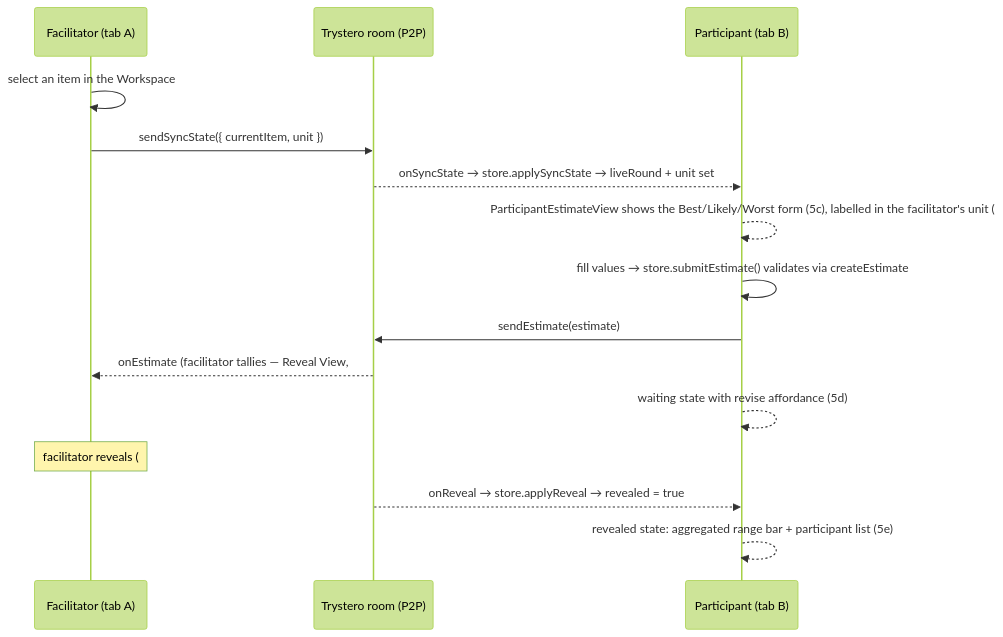
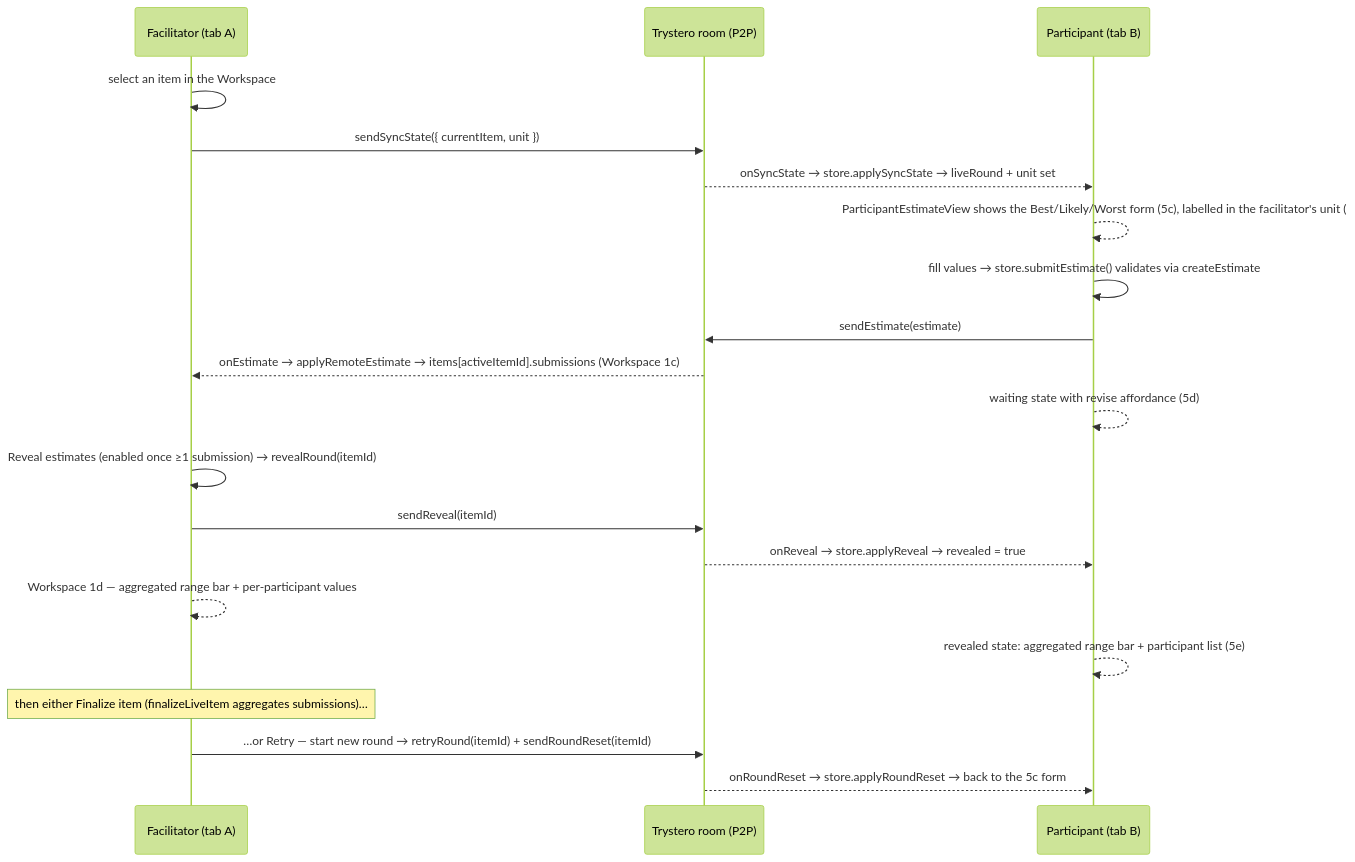
One commit to cfisch3r/estimate changed the third of 5 diagrams in docs/concepts/collaboration-mode.md. Above: the diagram before and after it, drawn with Mermaid (forest theme). The commit also changed other lines of this file and 15 other files, not shown here.

First line of the commit message:
Build the facilitator reveal flow: Workspace states 1c → 1d (#8)

````diff
--- a/docs/concepts/collaboration-mode.md
+++ b/docs/concepts/collaboration-mode.md
@@ -148,18 +151,23 @@
 ```mermaid
 sequenceDiagram
   participant F as Facilitator (tab A)
   participant R as Trystero room (P2P)
   participant P as Participant (tab B)
 
   F->>F: select an item in the Workspace
   F->>R: sendSyncState({ currentItem, unit })
   R-->>P: onSyncState → store.applySyncState → liveRound + unit set
   P-->>P: ParticipantEstimateView shows the Best/Likely/Worst form (5c), labelled in the facilitator's unit (#39)
   P->>P: fill values → store.submitEstimate() validates via createEstimate
   P->>R: sendEstimate(estimate)
-  R-->>F: onEstimate (facilitator tallies — Reveal View, #8)
+  R-->>F: onEstimate → applyRemoteEstimate → items[activeItemId].submissions (Workspace 1c)
   P-->>P: waiting state with revise affordance (5d)
-  Note over F: facilitator reveals (#8) → sendReveal(itemId)
+  F->>F: Reveal estimates (enabled once ≥1 submission) → revealRound(itemId)
+  F->>R: sendReveal(itemId)
   R-->>P: onReveal → store.applyReveal → revealed = true
+  F-->>F: Workspace 1d — aggregated range bar + per-participant values
   P-->>P: revealed state: aggregated range bar + participant list (5e)
+  Note over F: then either Finalize item (finalizeLiveItem aggregates submissions)…
+  F->>R: …or Retry — start new round → retryRound(itemId) + sendRoundReset(itemId)
+  R-->>P: onRoundReset → store.applyRoundReset → back to the 5c form
 ```
````
